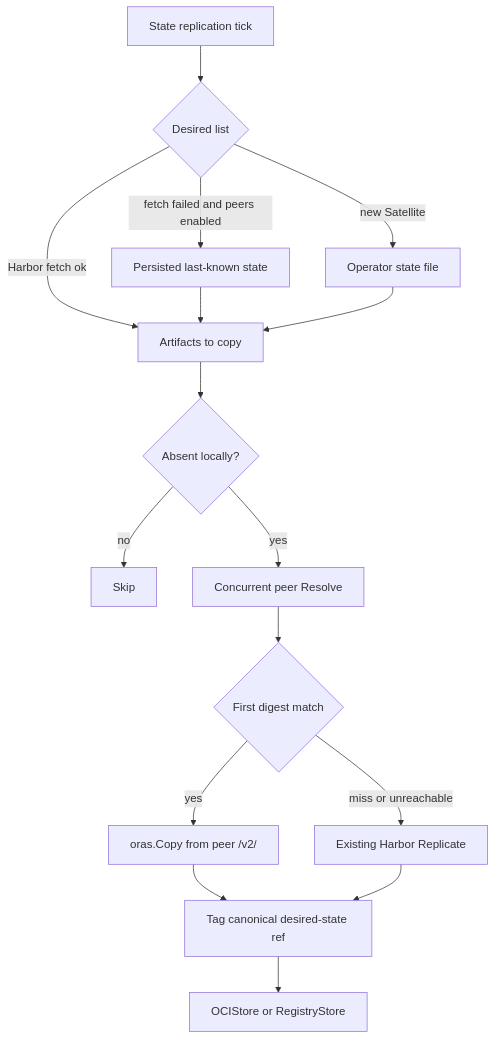
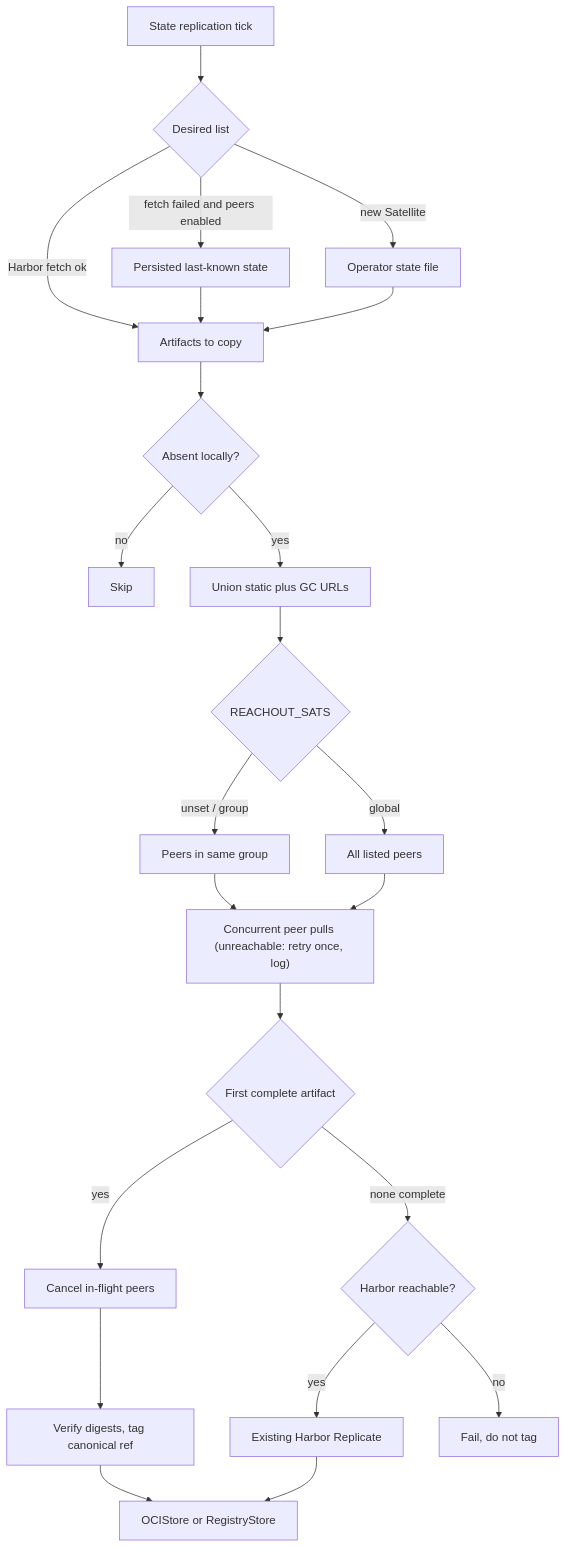
One commit to container-registry/harbor-satellite changed the first of 2 diagrams in docs/decisions/0010-peer-to-peer-distribution.md. Above: the diagram before and after it, drawn with Mermaid. The commit also changed other lines of this file, not shown here.

````diff
--- a/docs/decisions/0010-peer-to-peer-distribution.md
+++ b/docs/decisions/0010-peer-to-peer-distribution.md
@@ -146,25 +208,32 @@
 ```mermaid
 flowchart TB
     tick[State replication tick]
     list{Desired list}
 
     tick --> list
 
     list -->|Harbor fetch ok| artifacts[Artifacts to copy]
     list -->|fetch failed and peers enabled| persisted[Persisted last-known state]
     list -->|new Satellite| localFile[Operator state file]
     persisted --> artifacts
     localFile --> artifacts
 
     artifacts --> missing{Absent locally?}
     missing -->|no| skip[Skip]
-    missing -->|yes| probe[Concurrent peer Resolve]
+    missing -->|yes| roster[Union static plus GC URLs]
+    roster --> scope{REACHOUT_SATS}
+    scope -->|unset / group| group[Peers in same group]
+    scope -->|global| all[All listed peers]
+    group --> probe["Concurrent peer pulls (unreachable: retry once, log)"]
+    all --> probe
 
-    probe --> hit{First digest match}
-    hit -->|yes| copyPeer["oras.Copy from peer /v2/"]
-    hit -->|miss or unreachable| harbor[Existing Harbor Replicate]
+    probe --> hit{First complete artifact}
+    hit -->|yes| cancel[Cancel in-flight peers]
+    cancel --> copyPeer["Verify digests, tag canonical ref"]
+    hit -->|none complete| online{Harbor reachable?}
+    online -->|yes| harbor[Existing Harbor Replicate]
+    online -->|no| fail[Fail, do not tag]
 
-    copyPeer --> name[Tag canonical desired-state ref]
-    harbor --> name
-    name --> store[OCIStore or RegistryStore]
+    copyPeer --> store[OCIStore or RegistryStore]
+    harbor --> store
 ```
````
